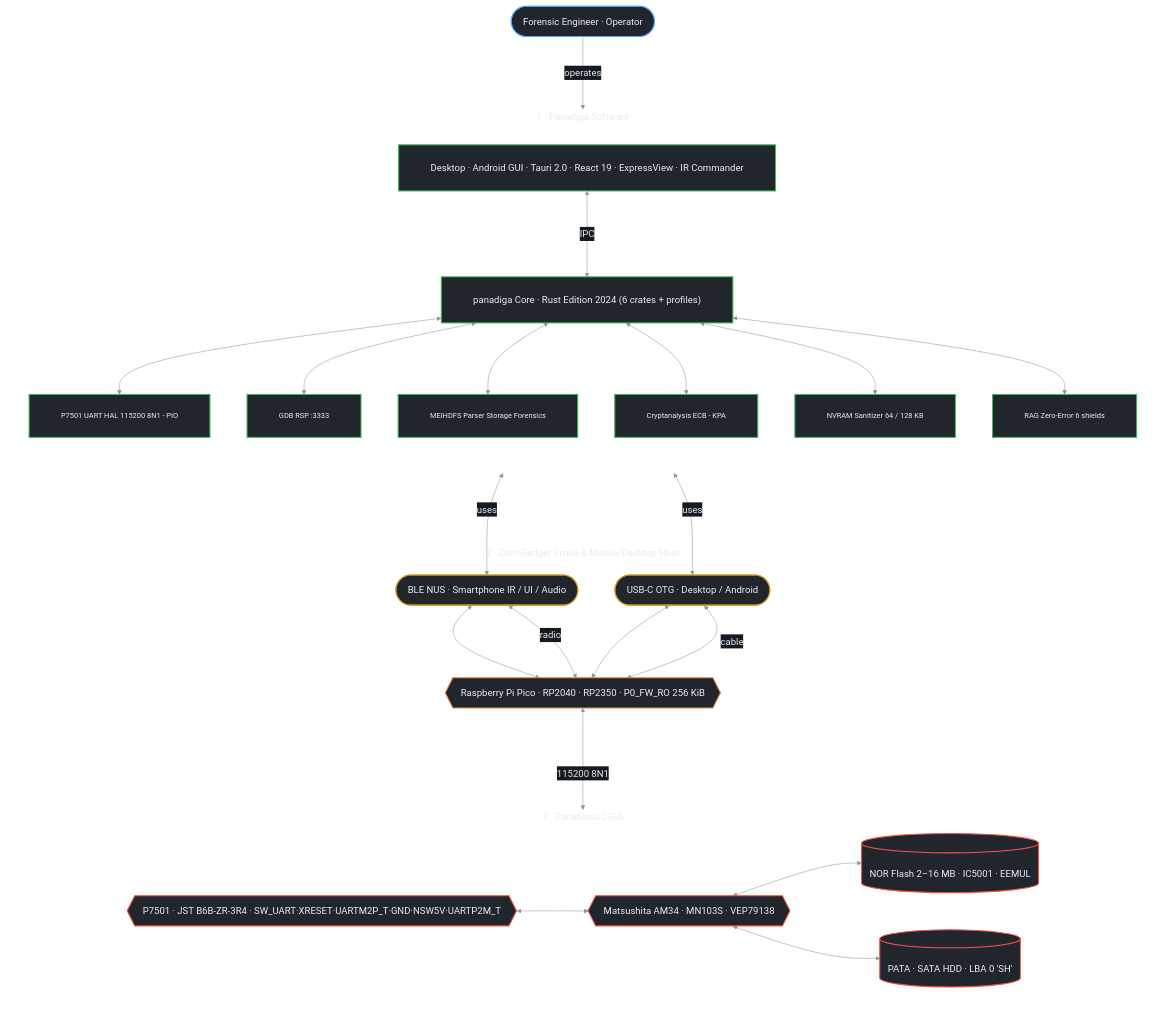
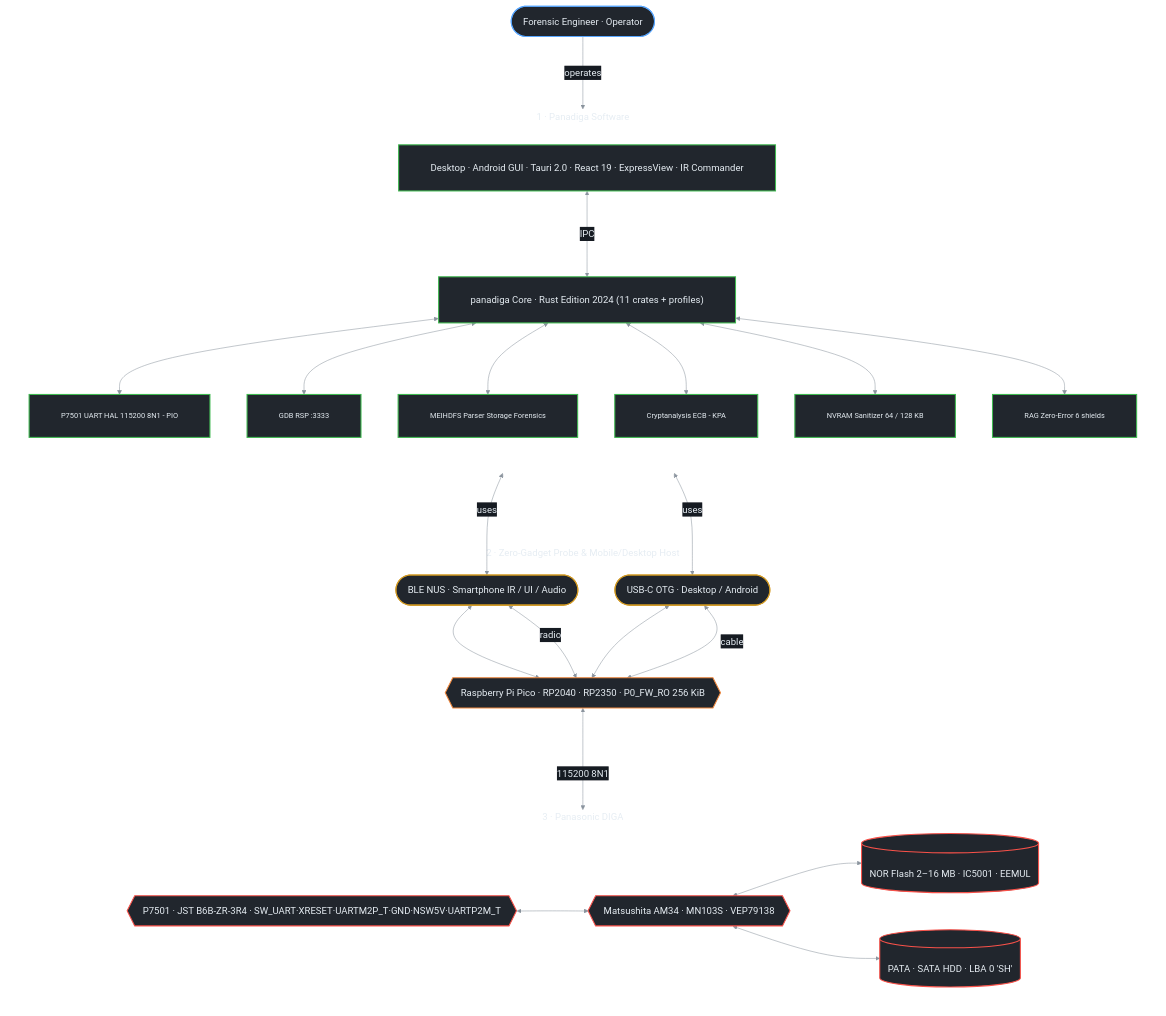
Before and after one commit to orgchrono/Panadiga: the diagram in README.md, drawn with Mermaid. The commit also changed other lines of this file and 132 other files, not shown here.

````diff
--- a/README.md
+++ b/README.md
@@ -41,70 +41,70 @@
 ```mermaid
 %%{init: {'theme':'base','themeCSS':'.edgeLabel span, .edgeLabel div, .edgeLabel p { white-space: nowrap !important; }','themeVariables':{'fontFamily':'ui-monospace, SFMono-Regular, Menlo, monospace','fontSize':'18px','background':'#161b22','primaryColor':'#21262d','primaryTextColor':'#e6edf3','primaryBorderColor':'#484f58','lineColor':'#8b949e','secondaryColor':'#21262d','tertiaryColor':'#21262d','edgeLabelBackground':'#161b22','titleColor':'#e6edf3'},'flowchart':{'htmlLabels':true,'useMaxWidth':false,'wrappingWidth':4000,'nodeSpacing':70,'rankSpacing':110,'curve':'basis','padding':30}}}%%
 flowchart TD
     USER(["Forensic Engineer · Operator"])
 
     subgraph SOFTWARE_SUITE["1 · Panadiga Software"]
         direction TB
         GUI["Desktop · Android GUI · Tauri 2.0 · React 19 · ExpressView · IR Commander"]
-        CLI["panadiga Core · Rust Edition 2024 (6 crates + profiles)"]
+        CLI["panadiga Core · Rust Edition 2024 (11 crates + profiles)"]
         GUI <--> |"IPC"| CLI
 
         P7501_HAL["P7501 UART HAL 115200 8N1 - PIO"]
         GDB_SRV["GDB RSP :3333"]
         MEIHDFS["MEIHDFS Parser Storage Forensics"]
         CRYPTO["Cryptanalysis ECB - KPA"]
         NVRAM["NVRAM Sanitizer 64 / 128 KB"]
         RAG["RAG Zero-Error 6 shields"]
 
         CLI <--> P7501_HAL
         CLI <--> GDB_SRV
         CLI <--> MEIHDFS
         CLI <--> CRYPTO
         CLI <--> NVRAM
         CLI <--> RAG
     end
 
     subgraph LAB_BENCH["2 · Zero-Gadget Probe & Mobile/Desktop Host"]
         BLE(["BLE NUS · Smartphone IR / UI / Audio"])
         USB(["USB-C OTG · Desktop / Android"])
         PICO{{"Raspberry Pi Pico · RP2040 · RP2350 · P0_FW_RO 256 KiB"}}
         BLE <--> PICO
         USB <--> PICO
     end
 
     subgraph TARGET_HARDWARE["3 · Panasonic DIGA"]
         direction LR
         P7501{{"P7501 · JST B6B-ZR-3R4 · SW_UART·XRESET·UARTM2P_T·GND·NSW5V·UARTP2M_T"}}
         AM34{{"Matsushita AM34 · MN103S · VEP79138"}}
         FLASH[("NOR Flash 2–16 MB · IC5001 · EEMUL")]
         HDD[("PATA · SATA HDD · LBA 0 'SH'")]
         P7501 <--> AM34
         AM34 <--> FLASH
         AM34 <--> HDD
     end
 
     USER --> |"operates"| GUI
     GUI <--> |"uses"| BLE
     GUI <--> |"uses"| USB
     BLE <--> |"radio"| PICO
     USB <--> |"cable"| PICO
     PICO <--> |"115200 8N1"| P7501
 
     classDef lab       fill:#21262d,stroke:#58a6ff,color:#e6edf3,stroke-width:2px
     classDef transport fill:#21262d,stroke:#d29922,color:#e6edf3,stroke-width:2px
     classDef probe     fill:#21262d,stroke:#f0883e,color:#e6edf3,stroke-width:2px
     classDef sw        fill:#21262d,stroke:#3fb950,color:#e6edf3,stroke-width:2px
     classDef swc       fill:#21262d,stroke:#3fb950,color:#e6edf3,stroke-width:2px,font-size:14px
     classDef tgt       fill:#21262d,stroke:#f85149,color:#e6edf3,stroke-width:2px
 
     class USER lab
     class GUI,CLI sw
     class P7501_HAL,GDB_SRV,MEIHDFS,CRYPTO,NVRAM,RAG swc
     class BLE,USB transport
     class PICO probe
     class P7501,AM34,FLASH,HDD tgt
 
     style SOFTWARE_SUITE fill:transparent,stroke-width:0px
     style LAB_BENCH fill:transparent,stroke-width:0px
     style TARGET_HARDWARE fill:transparent,stroke-width:0px
 ```
````
